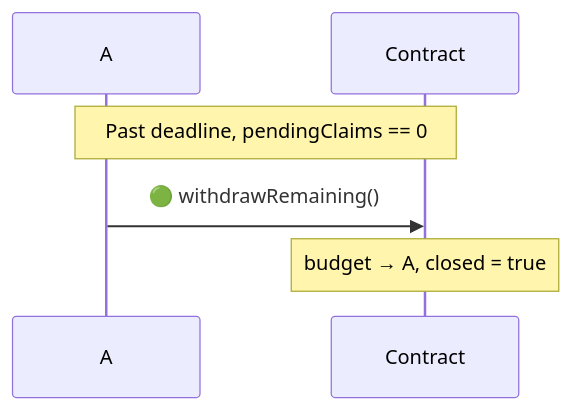
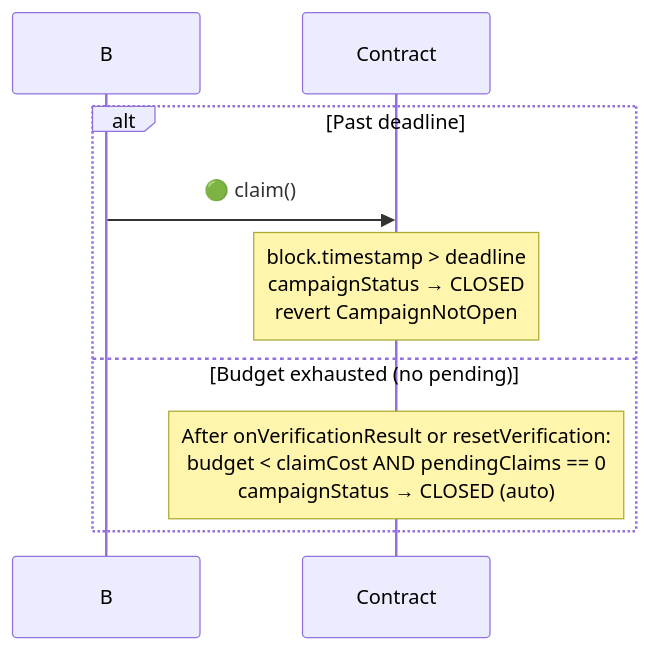
The fourth of 5 diagrams in examples/x-follow/x-follow-design.md (synctxai/synctx), drawn with Mermaid before and after one commit. The commit also changed other lines of this file and 1 other file, not shown here.

First line of the commit message:
docs(x-follow): add TESTING lifecycle, remove PAUSED/EXHAUSTED/EXPIRED states

````diff
--- a/examples/x-follow/x-follow-design.md
+++ b/examples/x-follow/x-follow-design.md
@@ -372,9 +395,12 @@
 ```mermaid
 sequenceDiagram
-    participant A as A
+    participant B as B
     participant C as Contract
 
-    Note over A,C: Past deadline, pendingClaims == 0
-    A->>C: 🟢 withdrawRemaining()
-    Note over C: budget → A, closed = true
+    alt Past deadline
+        B->>C: 🟢 claim()
+        Note over C: block.timestamp > deadline<br/>campaignStatus → CLOSED<br/>revert CampaignNotOpen
+    else Budget exhausted (no pending)
+        Note over C: After onVerificationResult or resetVerification:<br/>budget < claimCost AND pendingClaims == 0<br/>campaignStatus → CLOSED (auto)
+    end
 ```
````
